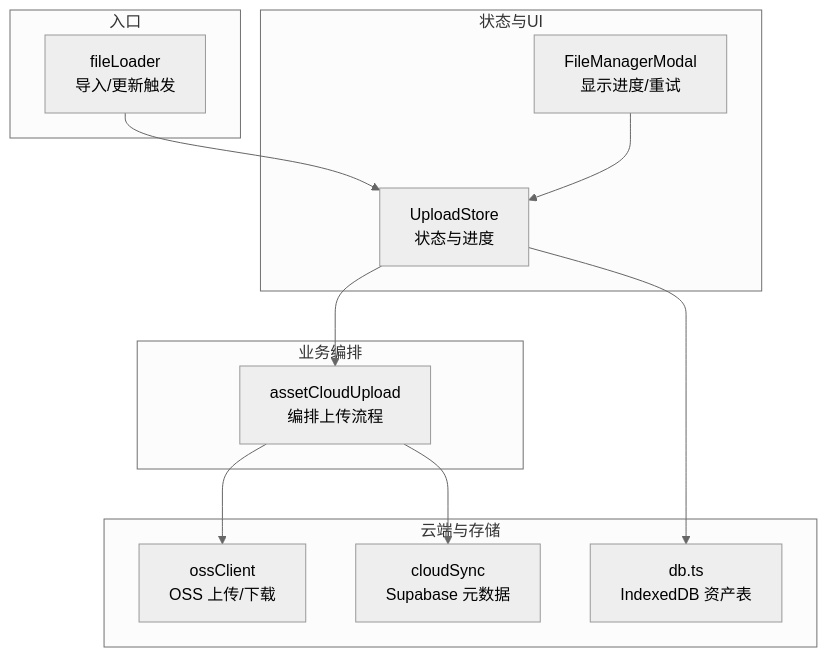
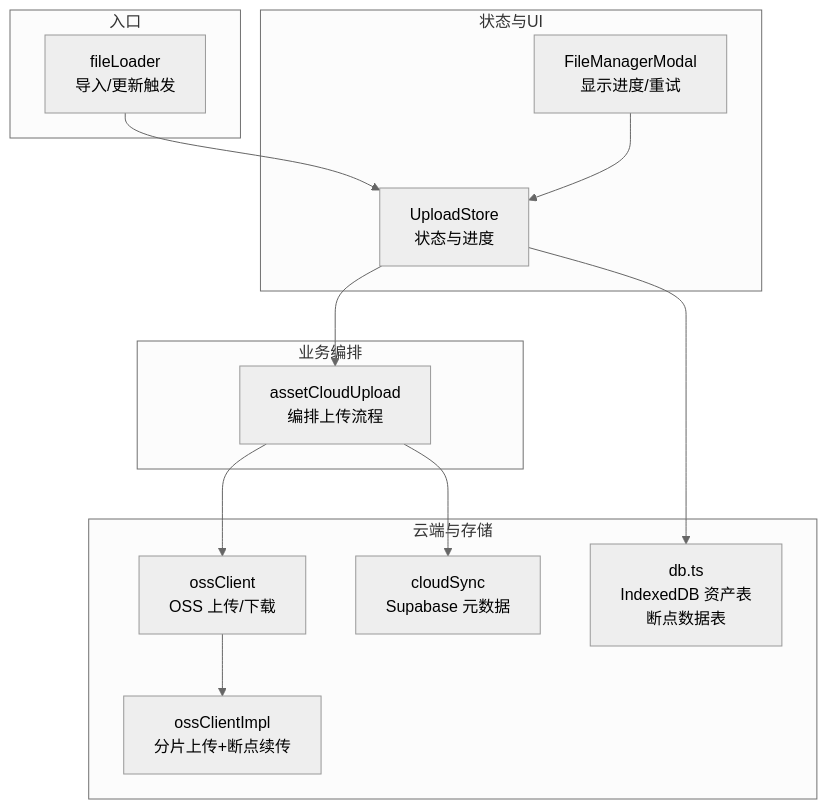
The first of 6 diagrams in .qoder/repowiki/zh/content/状态管理系统/上传状态管理 (UploadStore).md (suqi-bot/SuQCanvas), drawn with Mermaid (neutral theme) before and after one commit. The commit also changed other lines of this file and 10 other files, not shown here.

````diff
--- a/.qoder/repowiki/zh/content/状态管理系统/上传状态管理 (UploadStore).md
+++ b/.qoder/repowiki/zh/content/状态管理系统/上传状态管理 (UploadStore).md
@@ -38,24 +47,26 @@
 ```mermaid
 graph TB
 subgraph "状态与UI"
 US["UploadStore<br/>状态与进度"]
 FM["FileManagerModal<br/>显示进度/重试"]
 end
 subgraph "业务编排"
 ACU["assetCloudUpload<br/>编排上传流程"]
 end
 subgraph "云端与存储"
 OSS["ossClient<br/>OSS 上传/下载"]
+OC["ossClientImpl<br/>分片上传+断点续传"]
 CS["cloudSync<br/>Supabase 元数据"]
-DB["db.ts<br/>IndexedDB 资产表"]
+DB["db.ts<br/>IndexedDB 资产表<br/>断点数据表"]
 end
 subgraph "入口"
 FL["fileLoader<br/>导入/更新触发"]
 end
 FL --> US
 US --> ACU
 ACU --> OSS
+OSS --> OC
 ACU --> CS
 US --> DB
 FM --> US
 ```
````
